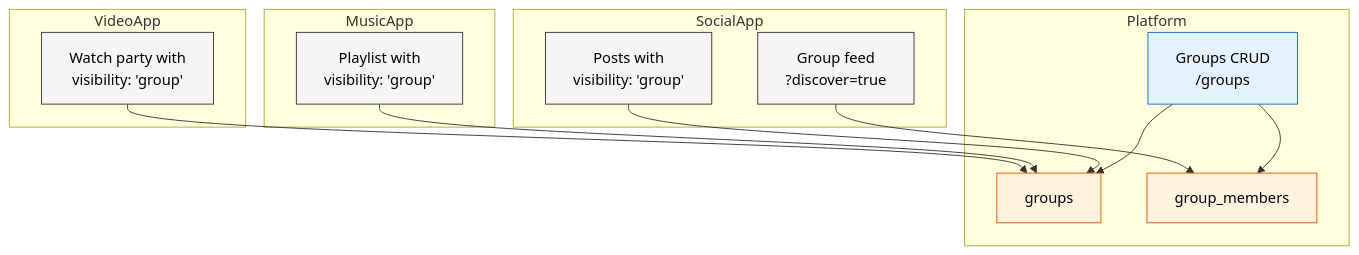
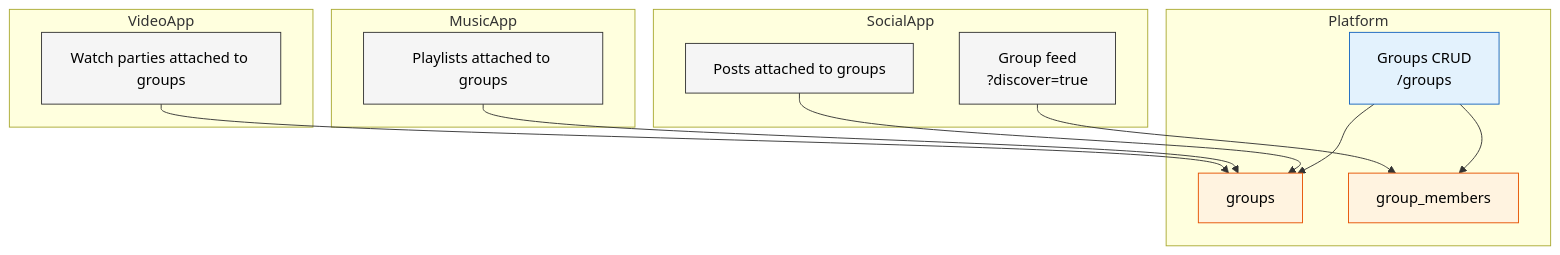
One commit to jacoby149/web10 changed the fifth of 7 diagrams in knowledge/knowledge-base/web10-v3/overview.md. Above: the diagram before and after it, drawn with Mermaid. The commit also changed other lines of this file and 1 other file, not shown here.

Commit message:
docs: rewrite v3 overview — groups as policy containers, service contracts restrict, group contracts grant

````diff
--- a/knowledge/knowledge-base/web10-v3/overview.md
+++ b/knowledge/knowledge-base/web10-v3/overview.md
@@ -305,36 +272,36 @@
 ```mermaid
 graph TB
     subgraph Platform
         GroupsAPI["Groups CRUD\n/groups"]
         GroupsTable["groups"]
         MembersTable["group_members"]
     end
 
     subgraph SocialApp
-        SocialPosts["Posts with\nvisibility: 'group'"]
+        SocialPosts["Posts attached to groups"]
         SocialFeed["Group feed\n?discover=true"]
     end
 
     subgraph MusicApp
-        SharedPlaylist["Playlist with\nvisibility: 'group'"]
+        SharedPlaylist["Playlists attached to groups"]
     end
 
     subgraph VideoApp
-        WatchParty["Watch party with\nvisibility: 'group'"]
+        WatchParty["Watch parties attached to groups"]
     end
 
     GroupsAPI --> GroupsTable
     GroupsAPI --> MembersTable
     SocialPosts --> GroupsTable
     SocialFeed --> MembersTable
     SharedPlaylist --> GroupsTable
     WatchParty --> GroupsTable
 
     style GroupsAPI fill:#e3f2fd,stroke:#1565c0,color:#000
     style GroupsTable fill:#fff3e0,stroke:#e65100,color:#000
     style MembersTable fill:#fff3e0,stroke:#e65100,color:#000
     style SocialPosts fill:#f5f5f5,stroke:#333,color:#000
     style SocialFeed fill:#f5f5f5,stroke:#333,color:#000
     style SharedPlaylist fill:#f5f5f5,stroke:#333,color:#000
     style WatchParty fill:#f5f5f5,stroke:#333,color:#000
 ```
````
